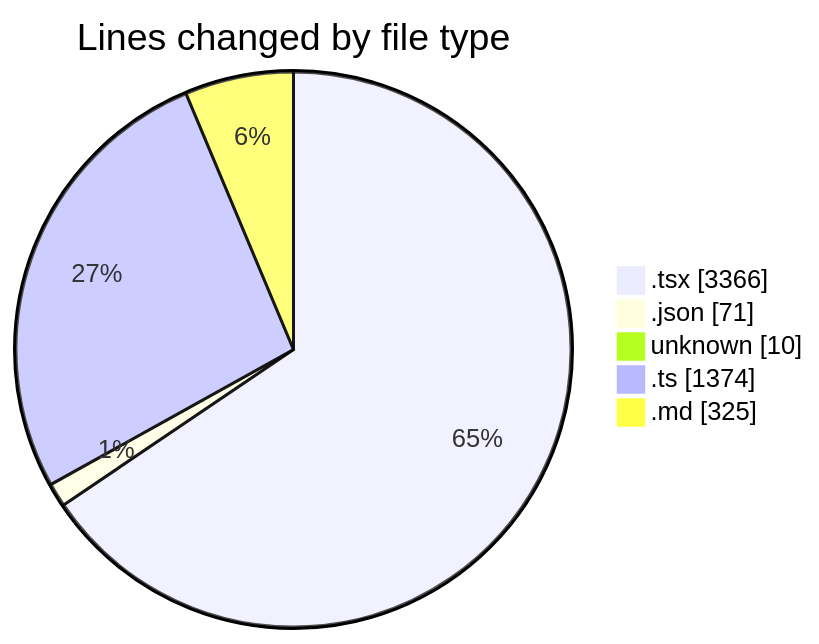
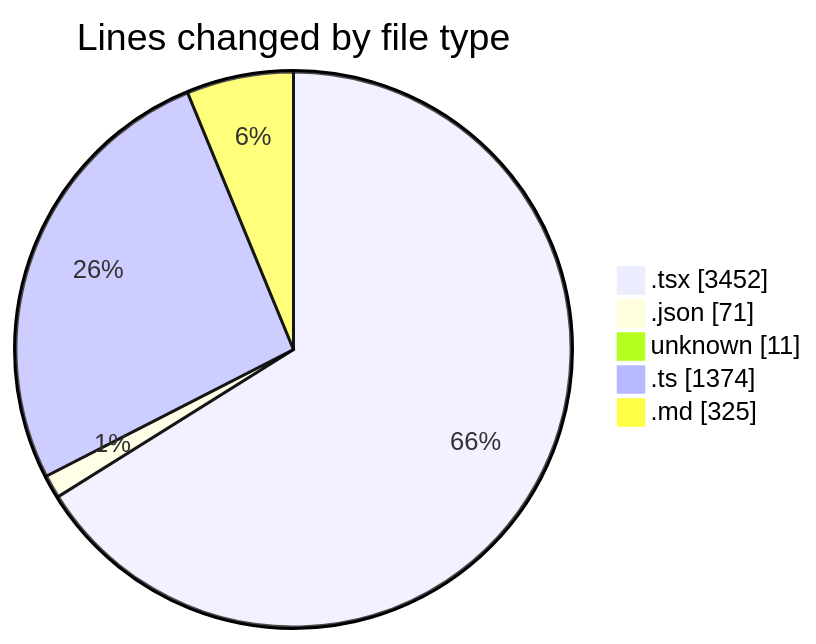
One commit to ernivani/code-tracking changed the first of 2 diagrams in 2025-01-03/tinycms/README.md. Above: the diagram before and after it, drawn with Mermaid. The commit also changed other lines of this file and 2 other files, not shown here.

````diff
--- a/2025-01-03/tinycms/README.md
+++ b/2025-01-03/tinycms/README.md
@@ -41,9 +42,9 @@
 ```mermaid
 pie showData
 title Lines changed by file type
-".tsx" : 3366
+".tsx" : 3452
 ".json" : 71
-"unknown" : 10
+"unknown" : 11
 ".ts" : 1374
 ".md" : 325
 ```
````
